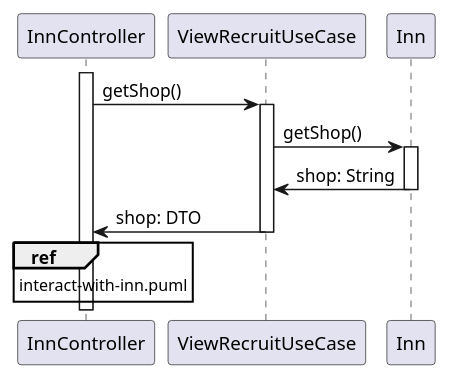
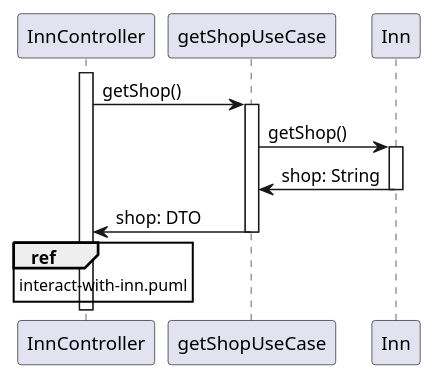
The diagram in rpg-legends/docs/uml/getShop.puml (JosefG50/2203-Legends-of-Sword-and-Wand), drawn with PlantUML before and after one commit.

Commit message:
[chore] fixed naming of getShopUsecase

```diff
--- a/rpg-legends/docs/uml/getShop.puml
+++ b/rpg-legends/docs/uml/getShop.puml
@@ -2,17 +2,17 @@
-@startuml ViewRecruitUseCase
+@startuml getShopUseCase
 participant InnController
-participant ViewRecruitUseCase
+participant getShopUseCase
 participant Inn
 
 activate InnController
-InnController -> ViewRecruitUseCase: getShop()
-activate ViewRecruitUseCase
-ViewRecruitUseCase -> Inn: getShop()
+InnController -> getShopUseCase: getShop()
+activate getShopUseCase
+getShopUseCase -> Inn: getShop()
 activate Inn
-Inn -> ViewRecruitUseCase: shop: String
+Inn -> getShopUseCase: shop: String
 deactivate Inn
-ViewRecruitUseCase -> InnController: shop: DTO
+getShopUseCase -> InnController: shop: DTO
 ref over InnController: interact-with-inn.puml
 
-deactivate ViewRecruitUseCase
+deactivate getShopUseCase
 @enduml
```
